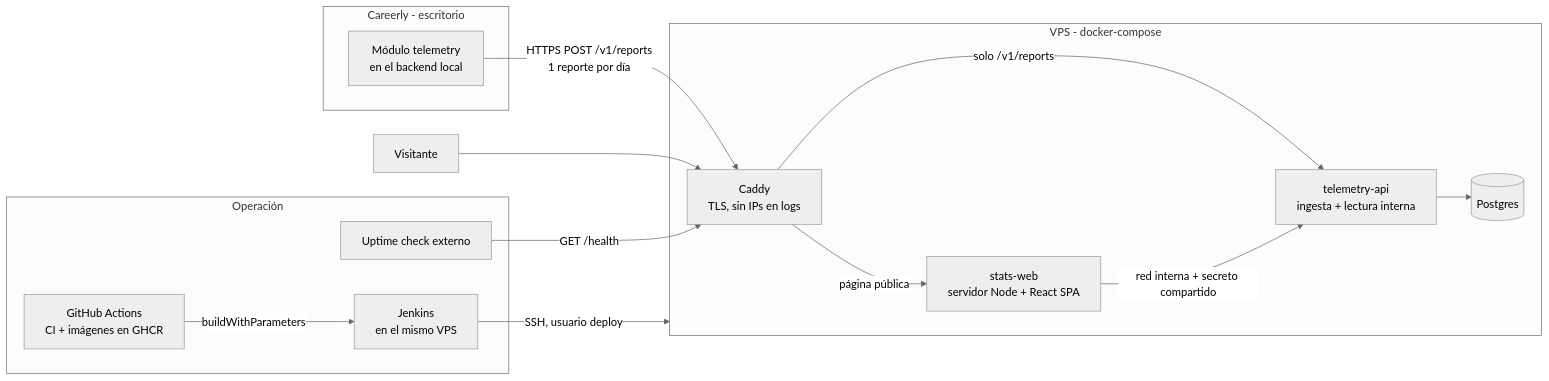
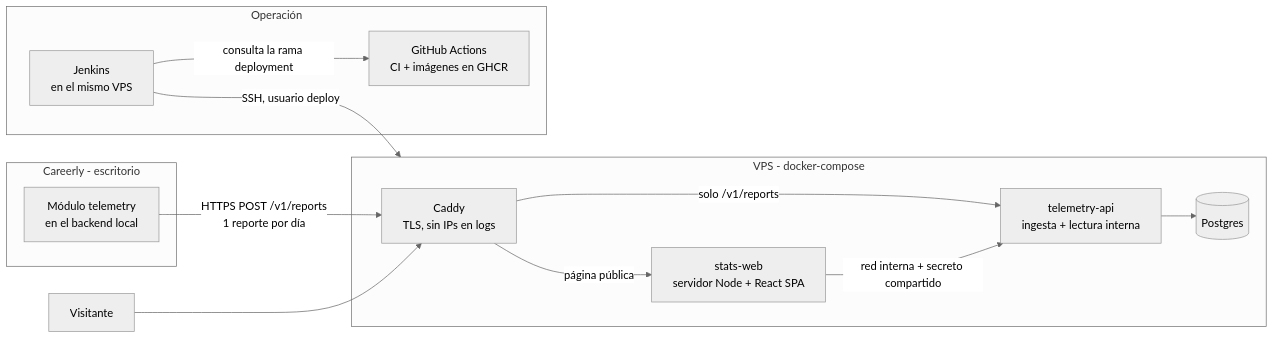
The fourth of 4 diagrams in ARCHITECTURE.md (BTRC-Solutions/careerly), drawn with Mermaid (neutral theme) before and after one commit. The commit also changed other lines of this file and 13 other files, not shown here.

First line of the commit message:
build: run the telemetry on the VPS behind the shared Caddy

````diff
--- a/ARCHITECTURE.md
+++ b/ARCHITECTURE.md
@@ -1059,26 +1059,24 @@
 ```mermaid
 flowchart LR
     subgraph APP[Careerly - escritorio]
         TEL[Módulo telemetry<br/>en el backend local]
     end
     subgraph VPS[VPS - docker-compose]
         CADDY[Caddy<br/>TLS, sin IPs en logs]
         INGEST[telemetry-api<br/>ingesta + lectura interna]
         WEB[stats-web<br/>servidor Node + React SPA]
         PG[(Postgres)]
     end
     TEL -->|HTTPS POST /v1/reports<br/>1 reporte por día| CADDY
     CADDY -->|solo /v1/reports| INGEST
     CADDY -->|página pública| WEB
     WEB -->|red interna + secreto compartido| INGEST
     INGEST --> PG
     VISITANTE[Visitante] --> CADDY
     subgraph OPS[Operación]
         GHA[GitHub Actions<br/>CI + imágenes en GHCR]
         JENKINS[Jenkins<br/>en el mismo VPS]
-        UPTIME[Uptime check externo]
     end
-    GHA -->|buildWithParameters| JENKINS
+    JENKINS -->|consulta la rama deployment| GHA
     JENKINS -->|SSH, usuario deploy| VPS
-    UPTIME -->|GET /health| CADDY
 ```
````
